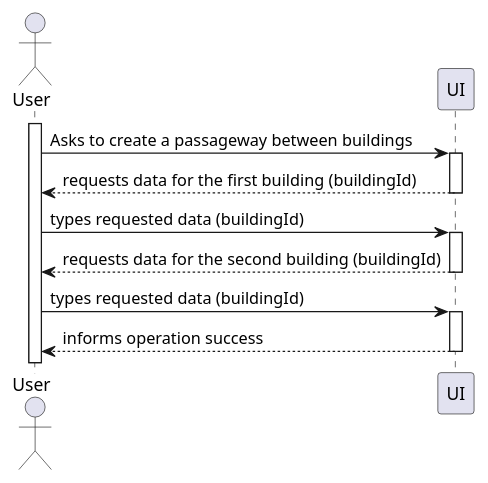
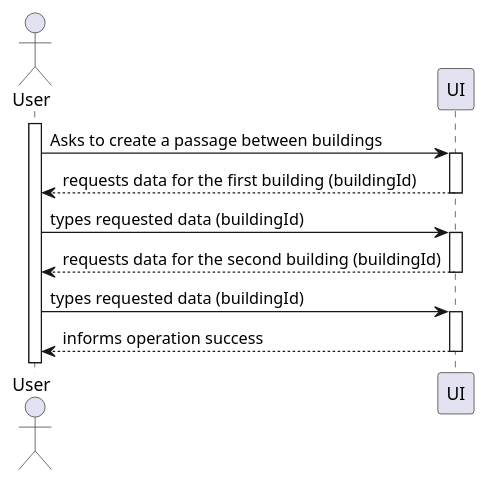
The diagram in documentation/sprintA/us240/Level 1/US240.puml (1211134PedroViana/SEM_PI_23-24_G14), drawn with PlantUML before and after one commit. The commit also changed 11 other files, not shown here.

```diff
--- a/documentation/sprintA/us240/Level 1/US240.puml
+++ b/documentation/sprintA/us240/Level 1/US240.puml
@@ -1,19 +1,19 @@
 @startuml
 Actor User
 activate User
 
-User -> UI : Asks to create a passageway between buildings
+User -> UI : Asks to create a passage between buildings
 activate UI
 UI --> User : requests data for the first building (buildingId)
 deactivate UI
 User -> UI : types requested data (buildingId)
 activate UI
 UI --> User : requests data for the second building (buildingId)
 deactivate UI
 User -> UI : types requested data (buildingId)
 activate UI
 UI --> User : informs operation success
 deactivate UI
 
 
 @enduml
```
